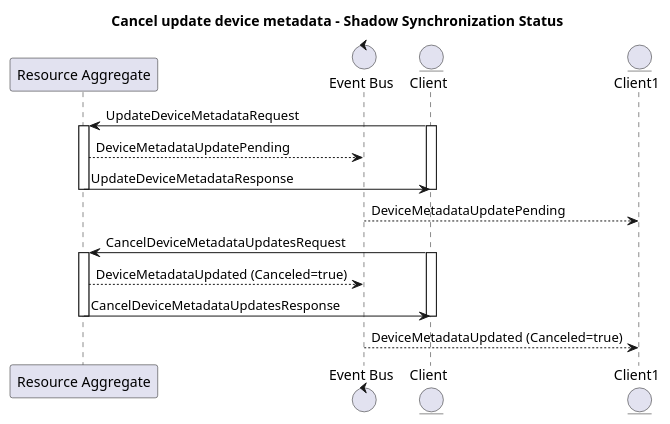
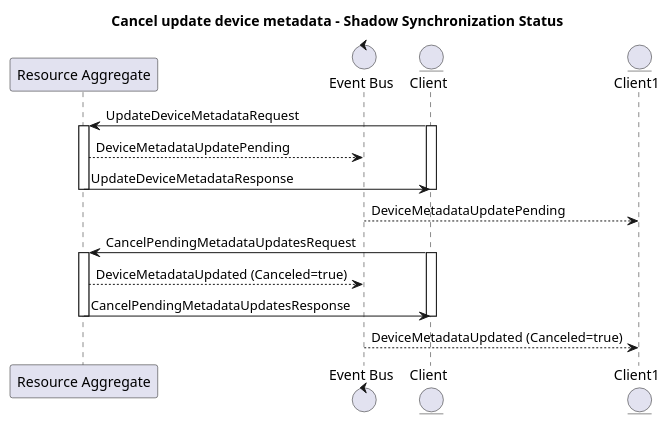
The tenth of 10 diagrams in resource-aggregate/.plantuml (plgd-dev/hub), drawn with PlantUML before and after one commit. The commit also changed other lines of this file and 39 other files, not shown here.

```diff
--- a/resource-aggregate/.plantuml
+++ b/resource-aggregate/.plantuml
@@ -268,26 +268,26 @@
 @startuml
 title "Cancel update device metadata - Shadow Synchronization Status"
 
 participant "Resource Aggregate" as ResourceAggregate
 control "Event Bus" as Bus
 entity "Client" as Client
 entity "Client1" as Client1
 
 Client -> ResourceAggregate : UpdateDeviceMetadataRequest
 activate Client
 activate ResourceAggregate
 ResourceAggregate --> Bus : DeviceMetadataUpdatePending
 ResourceAggregate -> Client : UpdateDeviceMetadataResponse
 deactivate ResourceAggregate
 deactivate Client
 Bus --> Client1 : DeviceMetadataUpdatePending
 
-Client -> ResourceAggregate : CancelDeviceMetadataUpdatesRequest
+Client -> ResourceAggregate : CancelPendingMetadataUpdatesRequest
 activate Client
 activate ResourceAggregate
 ResourceAggregate --> Bus : DeviceMetadataUpdated (Canceled=true)
-ResourceAggregate -> Client : CancelDeviceMetadataUpdatesResponse
+ResourceAggregate -> Client : CancelPendingMetadataUpdatesResponse
 deactivate Client
 deactivate ResourceAggregate
 Bus --> Client1 : DeviceMetadataUpdated (Canceled=true)
 @enduml
```
